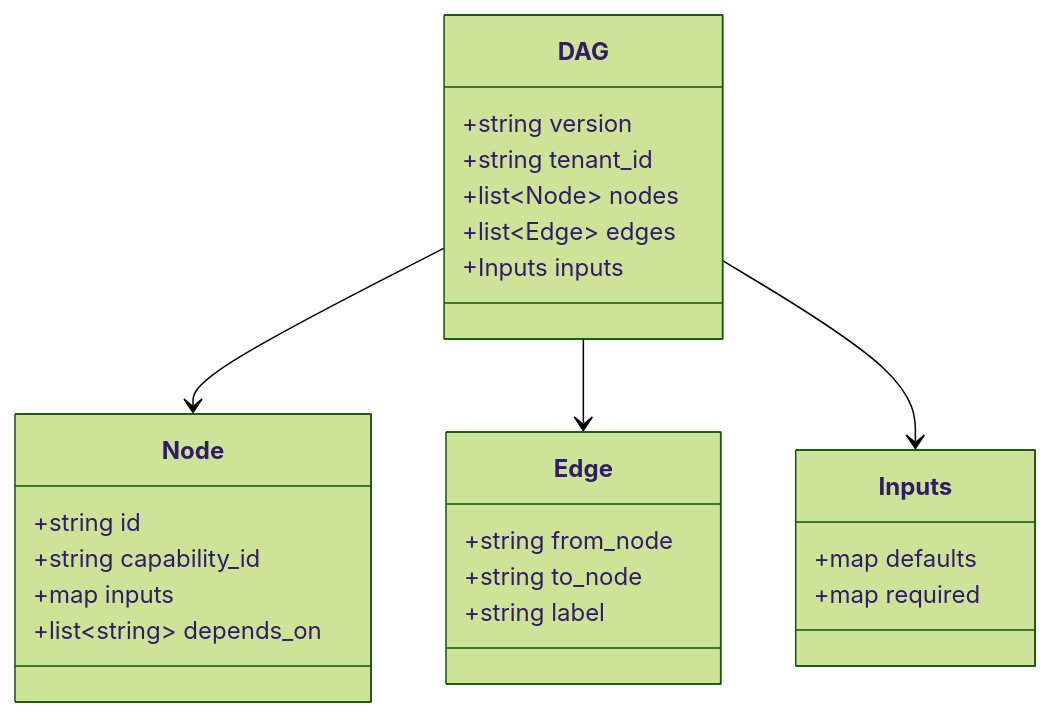
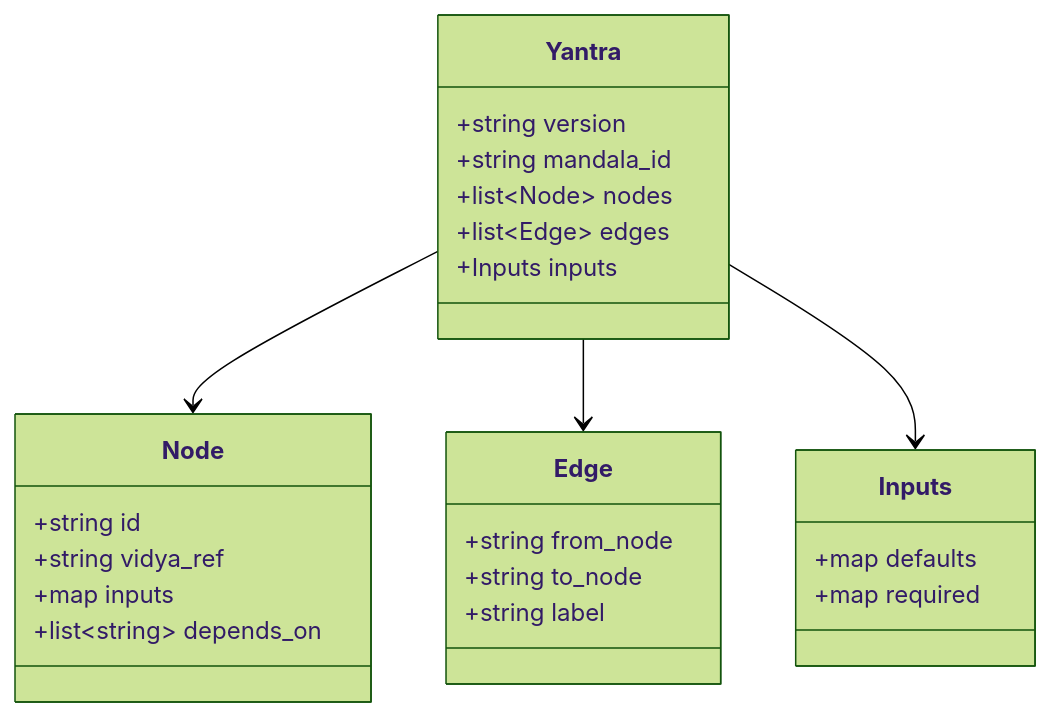
Before and after one commit to so-weak/Aakaar: the fourth of 12 diagrams in documentation/src/02-LLD.md, drawn with Mermaid (forest theme). The commit also changed other lines of this file and 56 other files, not shown here.

````diff
--- a/documentation/src/02-LLD.md
+++ b/documentation/src/02-LLD.md
@@ -144,28 +143,28 @@
 ```mermaid
 classDiagram
-  class DAG {
+  class Yantra {
     +string version
-    +string tenant_id
+    +string mandala_id
     +list~Node~ nodes
     +list~Edge~ edges
     +Inputs inputs
   }
   class Node {
     +string id
-    +string capability_id
+    +string vidya_ref
     +map inputs
     +list~string~ depends_on
   }
   class Edge {
     +string from_node
     +string to_node
     +string label
   }
   class Inputs {
     +map defaults
     +map required
   }
-  DAG --> Node
-  DAG --> Edge
-  DAG --> Inputs
+  Yantra --> Node
+  Yantra --> Edge
+  Yantra --> Inputs
 ```
````
